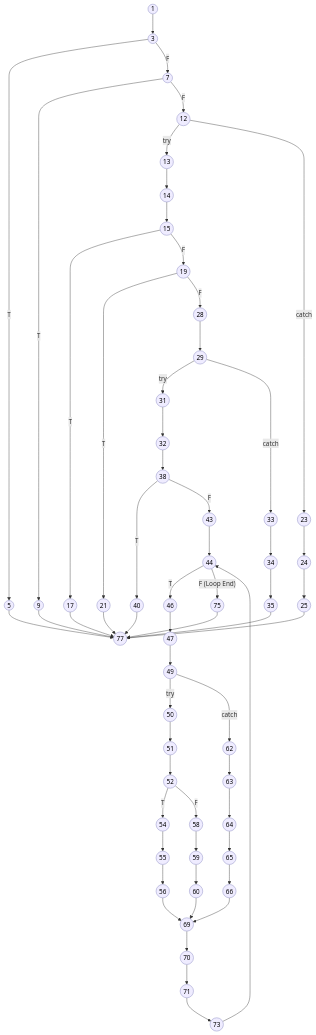
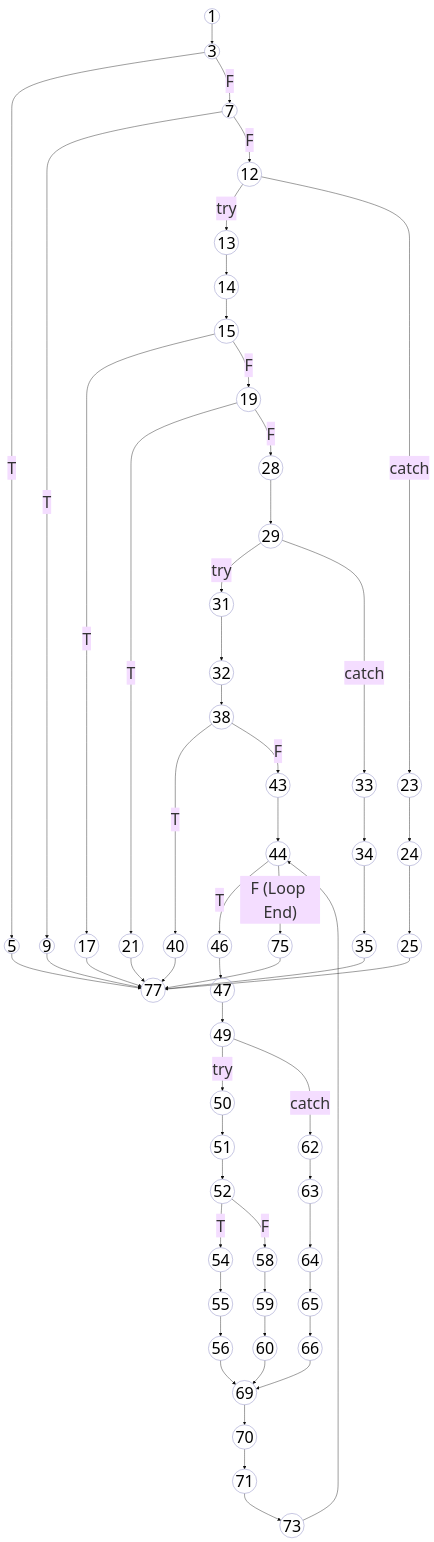
One commit to aryanhrc3428/Semester-5 changed the diagram in SE/ideathon/pseudocode/flowcharts/UC-11.mmd. Above: the diagram before and after it, drawn with Mermaid. The commit also changed 34 other files, not shown here.

```diff
--- a/SE/ideathon/pseudocode/flowcharts/UC-11.mmd
+++ b/SE/ideathon/pseudocode/flowcharts/UC-11.mmd
@@ -1,87 +1,93 @@
+---
+config:
+  theme: base
+  themeVariables:
+    fontSize: '40px'
+---
 graph TD
     %% Base styling matching the reference CFG style
-    classDef default fill:#efecff,stroke:#a3a3d1,stroke-width:1.5px,color:#000;
+    classDef default fill:none,stroke:#a3a3d1,stroke-width:1.5px,color:#000;
     
     1((1)) --> 3((3))
     
     3 -- T --> 5((5))
     3 -- F --> 7((7))
     
     7 -- T --> 9((9))
     7 -- F --> 12((12))
     
     12 -- try --> 13((13))
     12 -- catch --> 23((23))
     
     13 --> 14((14))
     14 --> 15((15))
     
     15 -- T --> 17((17))
     15 -- F --> 19((19))
     
     19 -- T --> 21((21))
     19 -- F --> 28((28))
     
     23 --> 24((24))
     24 --> 25((25))
     
     28 --> 29((29))
     
     29 -- try --> 31((31))
     29 -- catch --> 33((33))
     
     31 --> 32((32))
     32 --> 38((38))
     
     33 --> 34((34))
     34 --> 35((35))
     
     38 -- T --> 40((40))
     38 -- F --> 43((43))
     
     43 --> 44((44))
     
     44 -- T --> 46((46))
     44 -- F (Loop End) --> 75((75))
     
     46 --> 47((47))
     47 --> 49((49))
     
     49 -- try --> 50((50))
     49 -- catch --> 62((62))
     
     50 --> 51((51))
     51 --> 52((52))
     
     52 -- T --> 54((54))
     52 -- F --> 58((58))
     
     54 --> 55((55))
     55 --> 56((56))
     56 --> 69((69))
     
     58 --> 59((59))
     59 --> 60((60))
     60 --> 69
     
     62 --> 63((63))
     63 --> 64((64))
     64 --> 65((65))
     65 --> 66((66))
     66 --> 69
     
     69 --> 70((70))
     70 --> 71((71))
     71 --> 73((73))
     
     73 --> 44
     
     %% Terminal error returns and catches syncing to the final end node (77)
     5 --> 77((77))
     9 --> 77
     17 --> 77
     21 --> 77
     25 --> 77
     35 --> 77
     40 --> 77
     75 --> 77
```
